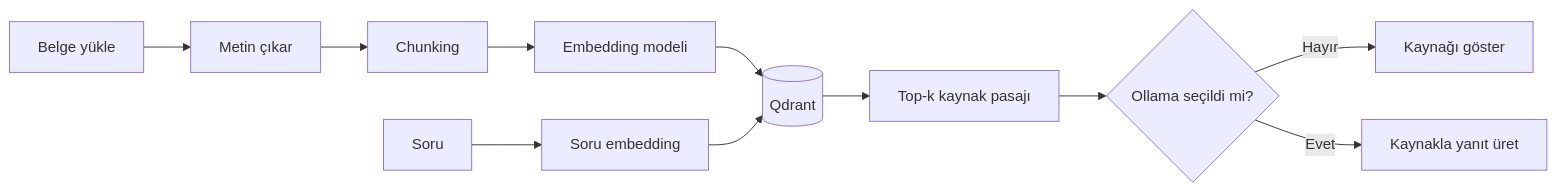
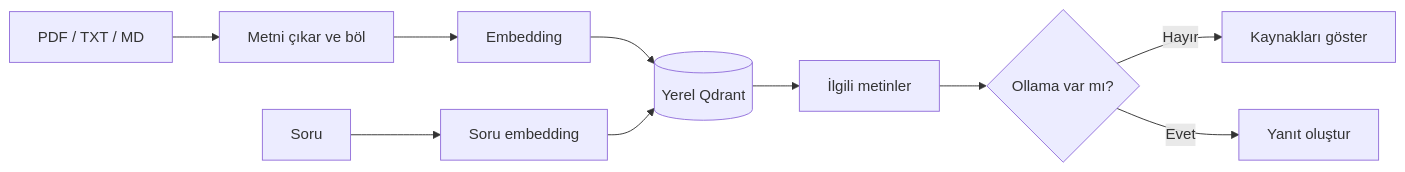
Before and after one commit to idginity124/DeskMind-AI: the diagram in README.tr.md, drawn with Mermaid. The commit also changed other lines of this file, not shown here.

````diff
--- a/README.tr.md
+++ b/README.tr.md
@@ -93,13 +72,12 @@
 ```mermaid
 flowchart LR
- A[Belge yükle] --> B[Metin çıkar]
- B --> C[Chunking]
- C --> D[Embedding modeli]
- D --> E[(Qdrant)]
- F[Soru] --> G[Soru embedding]
- G --> E
- E --> H[Top-k kaynak pasajı]
- H --> I{Ollama seçildi mi?}
- I -->|Hayır| J[Kaynağı göster]
- I -->|Evet| K[Kaynakla yanıt üret]
+  A[PDF / TXT / MD] --> B[Metni çıkar ve böl]
+  B --> C[Embedding]
+  C --> D[(Yerel Qdrant)]
+  E[Soru] --> F[Soru embedding]
+  F --> D
+  D --> G[İlgili metinler]
+  G --> H{Ollama var mı?}
+  H -->|Hayır| I[Kaynakları göster]
+  H -->|Evet| J[Yanıt oluştur]
 ```
````
